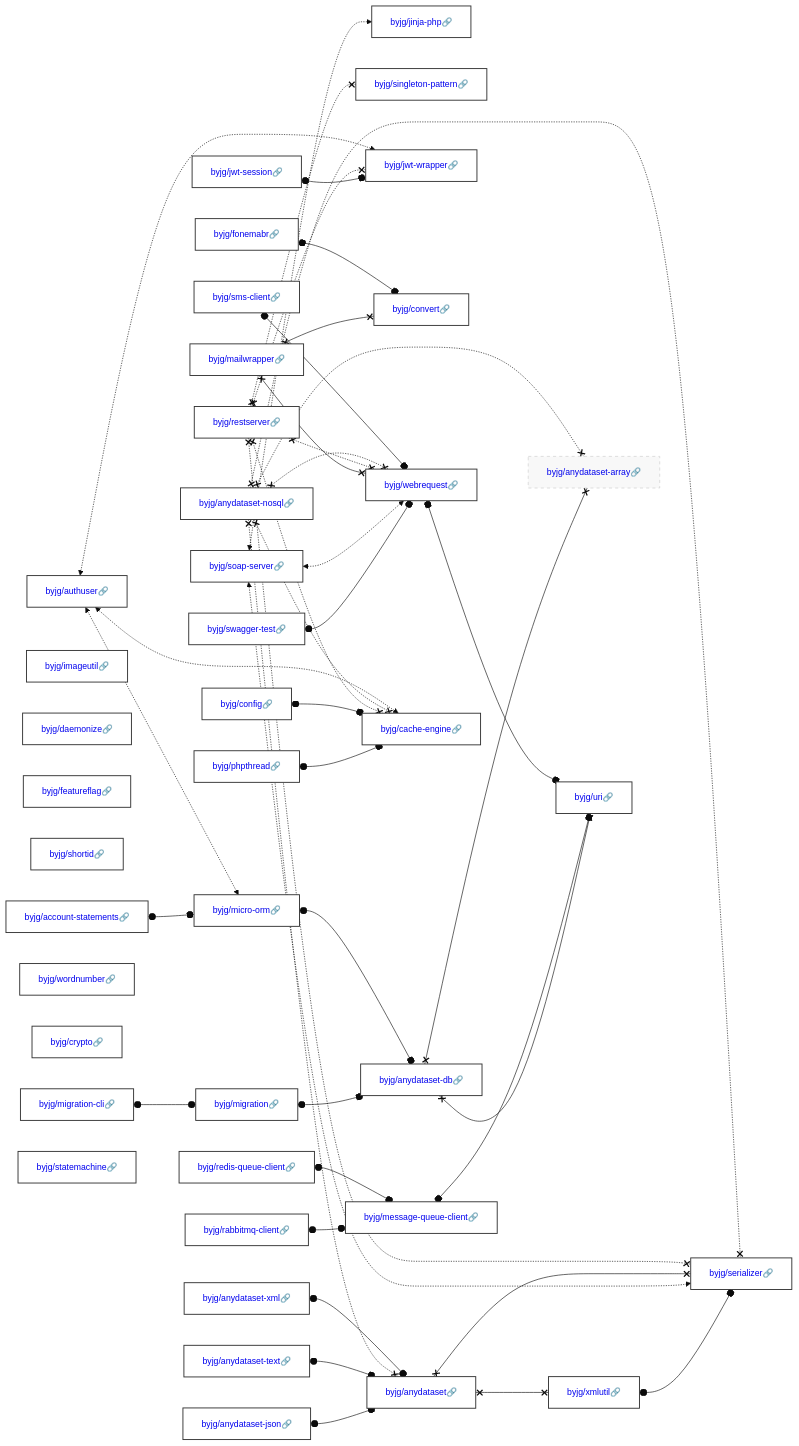
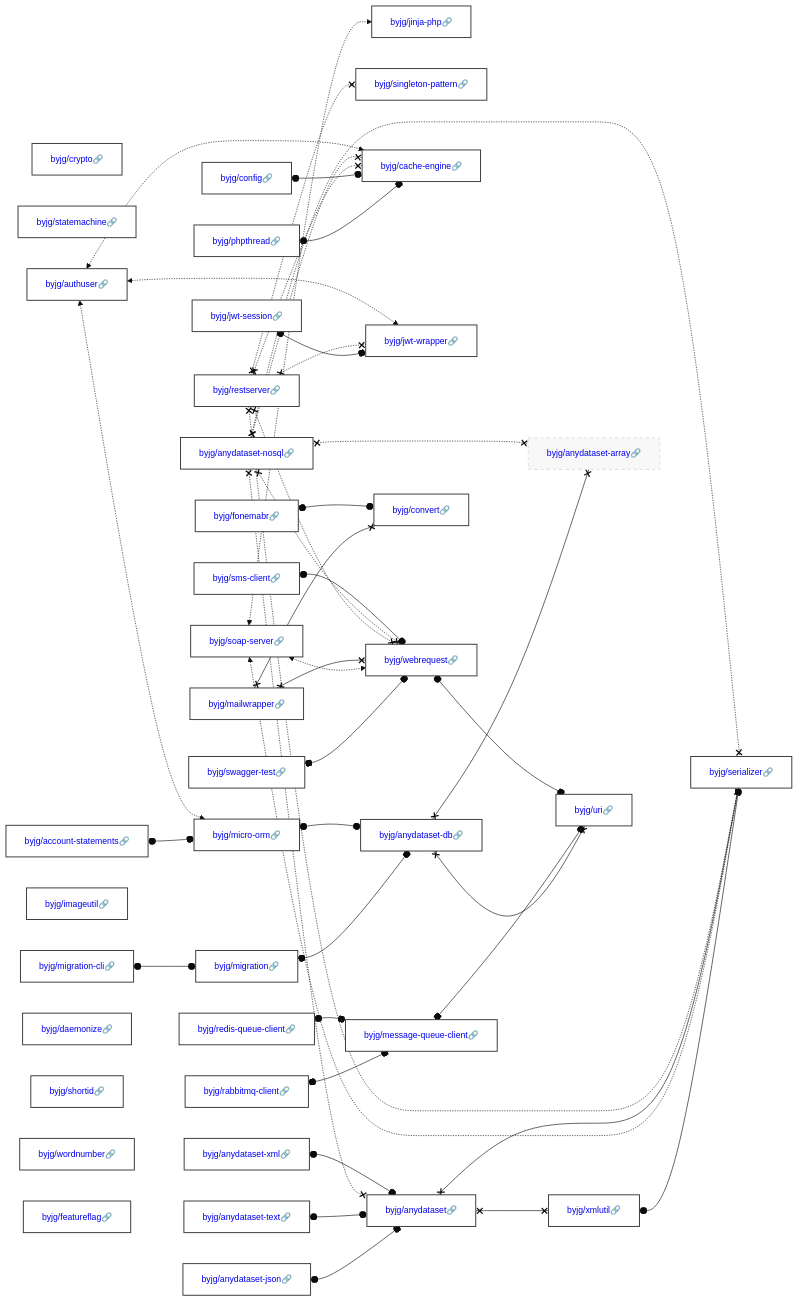
Before and after one commit to byjg/byjg.github.io: the diagram in docs/php/README.md, drawn with Mermaid (base theme). The commit also changed other lines of this file, not shown here.

Commit message:
Update documentation 'php' 'php-imageutil'

````diff
--- a/docs/php/README.md
+++ b/docs/php/README.md
@@ -3,45 +3,45 @@
 ```mermaid
 graph LR;
+  byjg/crypto[<a href='https://opensource.byjg.com/docs/php/crypto' style='text-decoration:none'>byjg/crypto🔗</a>];
+  byjg/soap-server[<a href='https://opensource.byjg.com/docs/php/soap-server' style='text-decoration:none'>byjg/soap-server🔗</a>];
+  byjg/statemachine[<a href='https://opensource.byjg.com/docs/php/statemachine' style='text-decoration:none'>byjg/statemachine🔗</a>];
+  byjg/anydataset-nosql[<a href='https://opensource.byjg.com/docs/php/anydataset-nosql' style='text-decoration:none'>byjg/anydataset-nosql🔗</a>];
+  byjg/swagger-test[<a href='https://opensource.byjg.com/docs/php/swagger-test' style='text-decoration:none'>byjg/swagger-test🔗</a>];
   byjg/migration-cli[<a href='https://opensource.byjg.com/docs/php/migration-cli' style='text-decoration:none'>byjg/migration-cli🔗</a>];
+  byjg/anydataset-xml[<a href='https://opensource.byjg.com/docs/php/anydataset-xml' style='text-decoration:none'>byjg/anydataset-xml🔗</a>];
+  byjg/fonemabr[<a href='https://opensource.byjg.com/docs/php/fonemabr' style='text-decoration:none'>byjg/fonemabr🔗</a>];
+  byjg/anydataset-json[<a href='https://opensource.byjg.com/docs/php/anydataset-json' style='text-decoration:none'>byjg/anydataset-json🔗</a>];
+  byjg/rabbitmq-client[<a href='https://opensource.byjg.com/docs/php/rabbitmq-client' style='text-decoration:none'>byjg/rabbitmq-client🔗</a>];
+  byjg/restserver[<a href='https://opensource.byjg.com/docs/php/restserver' style='text-decoration:none'>byjg/restserver🔗</a>];
+  byjg/account-statements[<a href='https://opensource.byjg.com/docs/php/account-statements' style='text-decoration:none'>byjg/account-statements🔗</a>];
+  byjg/phpthread[<a href='https://opensource.byjg.com/docs/php/phpthread' style='text-decoration:none'>byjg/phpthread🔗</a>];
+  byjg/redis-queue-client[<a href='https://opensource.byjg.com/docs/php/redis-queue-client' style='text-decoration:none'>byjg/redis-queue-client🔗</a>];
+  byjg/config[<a href='https://opensource.byjg.com/docs/php/config' style='text-decoration:none'>byjg/config🔗</a>];
+  byjg/jwt-session[<a href='https://opensource.byjg.com/docs/php/jwt-session' style='text-decoration:none'>byjg/jwt-session🔗</a>];
+  byjg/sms-client[<a href='https://opensource.byjg.com/docs/php/sms-client' style='text-decoration:none'>byjg/sms-client🔗</a>];
   byjg/imageutil[<a href='https://opensource.byjg.com/docs/php/imageutil' style='text-decoration:none'>byjg/imageutil🔗</a>];
-  byjg/soap-server[<a href='https://opensource.byjg.com/docs/php/soap-server' style='text-decoration:none'>byjg/soap-server🔗</a>];
-  byjg/fonemabr[<a href='https://opensource.byjg.com/docs/php/fonemabr' style='text-decoration:none'>byjg/fonemabr🔗</a>];
-  byjg/config[<a href='https://opensource.byjg.com/docs/php/config' style='text-decoration:none'>byjg/config🔗</a>];
-  byjg/restserver[<a href='https://opensource.byjg.com/docs/php/restserver' style='text-decoration:none'>byjg/restserver🔗</a>];
+  byjg/authuser[<a href='https://opensource.byjg.com/docs/php/authuser' style='text-decoration:none'>byjg/authuser🔗</a>];
+  byjg/daemonize[<a href='https://opensource.byjg.com/docs/php/daemonize' style='text-decoration:none'>byjg/daemonize🔗</a>];
   byjg/anydataset-text[<a href='https://opensource.byjg.com/docs/php/anydataset-text' style='text-decoration:none'>byjg/anydataset-text🔗</a>];
-  byjg/jwt-session[<a href='https://opensource.byjg.com/docs/php/jwt-session' style='text-decoration:none'>byjg/jwt-session🔗</a>];
-  byjg/swagger-test[<a href='https://opensource.byjg.com/docs/php/swagger-test' style='text-decoration:none'>byjg/swagger-test🔗</a>];
-  byjg/rabbitmq-client[<a href='https://opensource.byjg.com/docs/php/rabbitmq-client' style='text-decoration:none'>byjg/rabbitmq-client🔗</a>];
-  byjg/daemonize[<a href='https://opensource.byjg.com/docs/php/daemonize' style='text-decoration:none'>byjg/daemonize🔗</a>];
-  byjg/anydataset-nosql[<a href='https://opensource.byjg.com/docs/php/anydataset-nosql' style='text-decoration:none'>byjg/anydataset-nosql🔗</a>];
+  byjg/mailwrapper[<a href='https://opensource.byjg.com/docs/php/mailwrapper' style='text-decoration:none'>byjg/mailwrapper🔗</a>];
+  byjg/shortid[<a href='https://opensource.byjg.com/docs/php/shortid' style='text-decoration:none'>byjg/shortid🔗</a>];
+  byjg/wordnumber[<a href='https://opensource.byjg.com/docs/php/wordnumber' style='text-decoration:none'>byjg/wordnumber🔗</a>];
   byjg/featureflag[<a href='https://opensource.byjg.com/docs/php/featureflag' style='text-decoration:none'>byjg/featureflag🔗</a>];
-  byjg/shortid[<a href='https://opensource.byjg.com/docs/php/shortid' style='text-decoration:none'>byjg/shortid🔗</a>];
-  byjg/anydataset-xml[<a href='https://opensource.byjg.com/docs/php/anydataset-xml' style='text-decoration:none'>byjg/anydataset-xml🔗</a>];
-  byjg/anydataset-json[<a href='https://opensource.byjg.com/docs/php/anydataset-json' style='text-decoration:none'>byjg/anydataset-json🔗</a>];
-  byjg/authuser[<a href='https://opensource.byjg.com/docs/php/authuser' style='text-decoration:none'>byjg/authuser🔗</a>];
-  byjg/wordnumber[<a href='https://opensource.byjg.com/docs/php/wordnumber' style='text-decoration:none'>byjg/wordnumber🔗</a>];
-  byjg/crypto[<a href='https://opensource.byjg.com/docs/php/crypto' style='text-decoration:none'>byjg/crypto🔗</a>];
-  byjg/mailwrapper[<a href='https://opensource.byjg.com/docs/php/mailwrapper' style='text-decoration:none'>byjg/mailwrapper🔗</a>];
-  byjg/redis-queue-client[<a href='https://opensource.byjg.com/docs/php/redis-queue-client' style='text-decoration:none'>byjg/redis-queue-client🔗</a>];
-  byjg/account-statements[<a href='https://opensource.byjg.com/docs/php/account-statements' style='text-decoration:none'>byjg/account-statements🔗</a>];
-  byjg/sms-client[<a href='https://opensource.byjg.com/docs/php/sms-client' style='text-decoration:none'>byjg/sms-client🔗</a>];
-  byjg/phpthread[<a href='https://opensource.byjg.com/docs/php/phpthread' style='text-decoration:none'>byjg/phpthread🔗</a>];
-  byjg/statemachine[<a href='https://opensource.byjg.com/docs/php/statemachine' style='text-decoration:none'>byjg/statemachine🔗</a>];
+  byjg/jinja-php[<a href='https://opensource.byjg.com/docs/php/jinja-php' style='text-decoration:none'>byjg/jinja-php🔗</a>];
   byjg/migration[<a href='https://opensource.byjg.com/docs/php/migration' style='text-decoration:none'>byjg/migration🔗</a>];
-  byjg/jinja-php[<a href='https://opensource.byjg.com/docs/php/jinja-php' style='text-decoration:none'>byjg/jinja-php🔗</a>];
   byjg/singleton-pattern[<a href='https://opensource.byjg.com/docs/php/singleton-pattern' style='text-decoration:none'>byjg/singleton-pattern🔗</a>];
-  byjg/anydataset[<a href='https://opensource.byjg.com/docs/php/anydataset' style='text-decoration:none'>byjg/anydataset🔗</a>];
-  byjg/jwt-wrapper[<a href='https://opensource.byjg.com/docs/php/jwt-wrapper' style='text-decoration:none'>byjg/jwt-wrapper🔗</a>];
-  byjg/convert[<a href='https://opensource.byjg.com/docs/php/convert' style='text-decoration:none'>byjg/convert🔗</a>];
   byjg/message-queue-client[<a href='https://opensource.byjg.com/docs/php/message-queue-client' style='text-decoration:none'>byjg/message-queue-client🔗</a>];
   byjg/micro-orm[<a href='https://opensource.byjg.com/docs/php/micro-orm' style='text-decoration:none'>byjg/micro-orm🔗</a>];
+  byjg/cache-engine[<a href='https://opensource.byjg.com/docs/php/cache-engine' style='text-decoration:none'>byjg/cache-engine🔗</a>];
+  byjg/jwt-wrapper[<a href='https://opensource.byjg.com/docs/php/jwt-wrapper' style='text-decoration:none'>byjg/jwt-wrapper🔗</a>];
+  byjg/anydataset[<a href='https://opensource.byjg.com/docs/php/anydataset' style='text-decoration:none'>byjg/anydataset🔗</a>];
+  byjg/convert[<a href='https://opensource.byjg.com/docs/php/convert' style='text-decoration:none'>byjg/convert🔗</a>];
   byjg/webrequest[<a href='https://opensource.byjg.com/docs/php/webrequest' style='text-decoration:none'>byjg/webrequest🔗</a>];
-  byjg/cache-engine[<a href='https://opensource.byjg.com/docs/php/cache-engine' style='text-decoration:none'>byjg/cache-engine🔗</a>];
+  byjg/anydataset-db[<a href='https://opensource.byjg.com/docs/php/anydataset-db' style='text-decoration:none'>byjg/anydataset-db🔗</a>];
   byjg/xmlutil[<a href='https://opensource.byjg.com/docs/php/xmlutil' style='text-decoration:none'>byjg/xmlutil🔗</a>];
-  byjg/anydataset-db[<a href='https://opensource.byjg.com/docs/php/anydataset-db' style='text-decoration:none'>byjg/anydataset-db🔗</a>];
-  byjg/serializer[<a href='https://opensource.byjg.com/docs/php/serializer' style='text-decoration:none'>byjg/serializer🔗</a>];
   byjg/anydataset-array[<a href='https://opensource.byjg.com/docs/php/anydataset-array' style='text-decoration:none'>byjg/anydataset-array🔗</a>];
   byjg/uri[<a href='https://opensource.byjg.com/docs/php/uri' style='text-decoration:none'>byjg/uri🔗</a>];
+  byjg/serializer[<a href='https://opensource.byjg.com/docs/php/serializer' style='text-decoration:none'>byjg/serializer🔗</a>];
   byjg/xmlutil o--o byjg/serializer;
   byjg/rabbitmq-client o--o byjg/message-queue-client;
   byjg/migration o--o byjg/anydataset-db;
````
